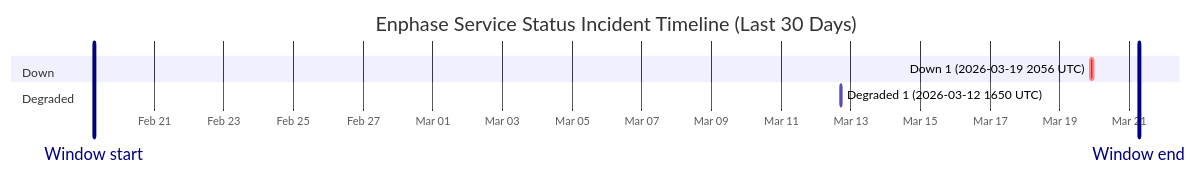
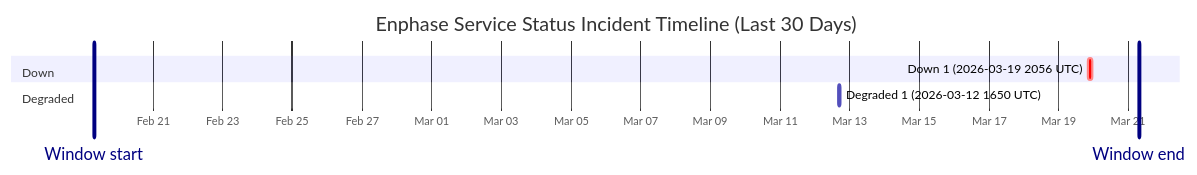
The diagram in wiki/Service-Status-History.md (barneyonline/ha-enphase-ev-charger), drawn with Mermaid before and after one commit. The commit also changed other lines of this file and 3 other files, not shown here.

````diff
--- a/wiki/Service-Status-History.md
+++ b/wiki/Service-Status-History.md
@@ -14,12 +14,12 @@
 ```mermaid
 gantt
     title Enphase Service Status Incident Timeline (Last 30 Days)
     dateFormat  YYYY-MM-DDTHH:mm:ss
     axisFormat  %b %d
-    Window start :vert, window-start, 2026-02-19T06:31:53, 0ms
-    Window end :vert, window-end, 2026-03-21T06:31:53, 0ms
+    Window start :vert, window-start, 2026-02-19T07:27:04, 0ms
+    Window end :vert, window-end, 2026-03-21T07:27:04, 0ms
     section Down
     Down 1 (2026-03-19 2056 UTC) :crit, down-1, 2026-03-19T20:56:20, 145m
     section Degraded
     Degraded 1 (2026-03-12 1650 UTC) :active, degraded-1, 2026-03-12T16:50:43, 60m
 ```
````
